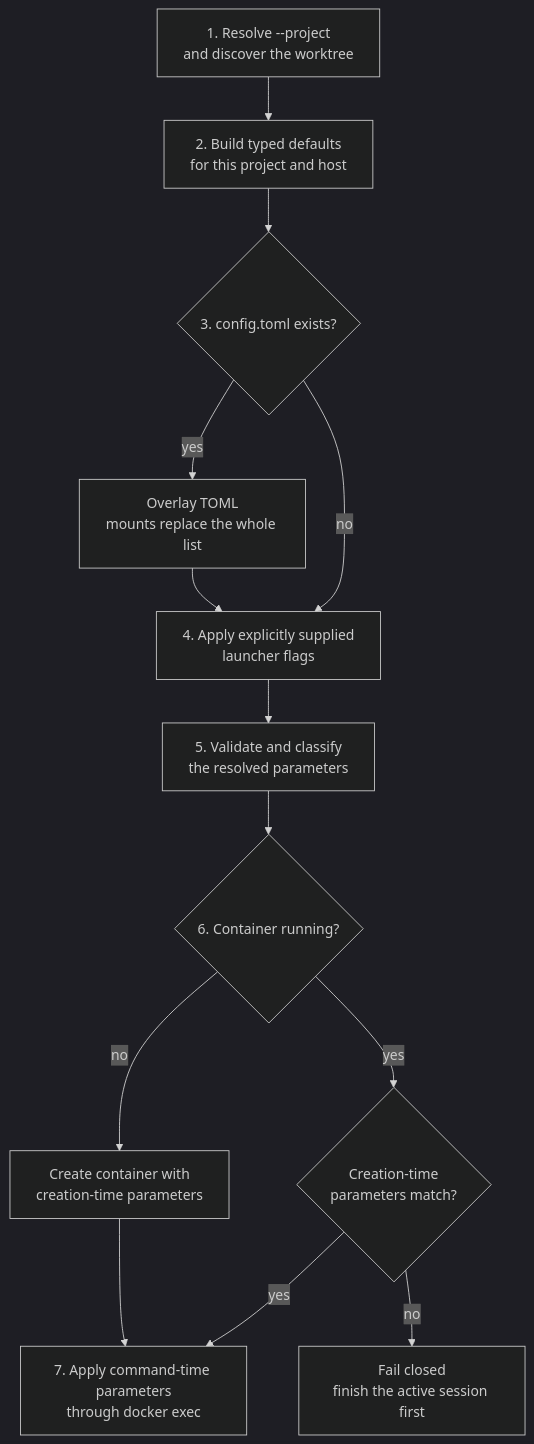
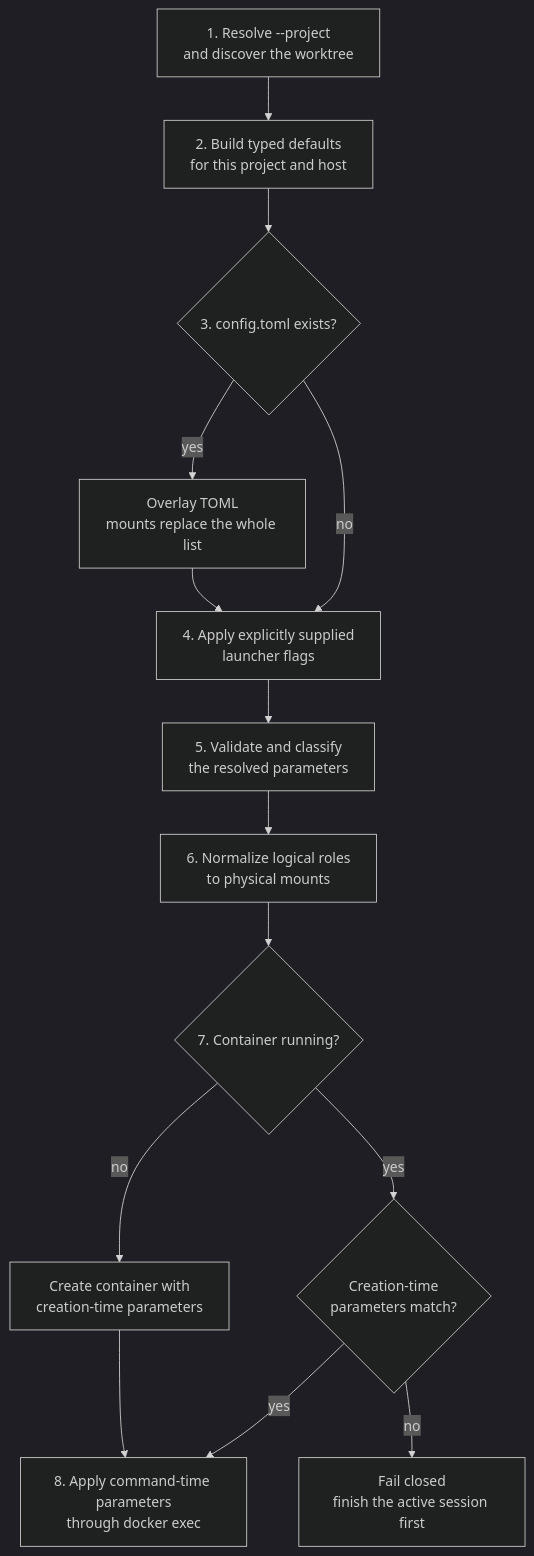
One commit to vkuptcov/agents-safe-environment changed the diagram in docs/design-docs/project-launcher-configuration.md. Above: the diagram before and after it, drawn with Mermaid (dark theme). The commit also changed other lines of this file and 6 other files, not shown here.

````diff
--- a/docs/design-docs/project-launcher-configuration.md
+++ b/docs/design-docs/project-launcher-configuration.md
@@ -49,23 +49,24 @@
 ```mermaid
 flowchart TD
     Project["1. Resolve --project<br/>and discover the worktree"]
     Defaults["2. Build typed defaults<br/>for this project and host"]
     File{"3. config.toml exists?"}
     Overlay["Overlay TOML<br/>mounts replace the whole list"]
     Flags["4. Apply explicitly supplied<br/>launcher flags"]
     Validate["5. Validate and classify<br/>the resolved parameters"]
-    Running{"6. Container running?"}
+    Normalize["6. Normalize logical roles<br/>to physical mounts"]
+    Running{"7. Container running?"}
     Compatible{"Creation-time<br/>parameters match?"}
     Reject["Fail closed<br/>finish the active session first"]
     Create["Create container with<br/>creation-time parameters"]
-    Command["7. Apply command-time parameters<br/>through docker exec"]
+    Command["8. Apply command-time parameters<br/>through docker exec"]
 
     Project --> Defaults --> File
     File -->|yes| Overlay --> Flags
     File -->|no| Flags
-    Flags --> Validate --> Running
+    Flags --> Validate --> Normalize --> Running
     Running -->|no| Create --> Command
     Running -->|yes| Compatible
     Compatible -->|yes| Command
     Compatible -->|no| Reject
 ```
````
